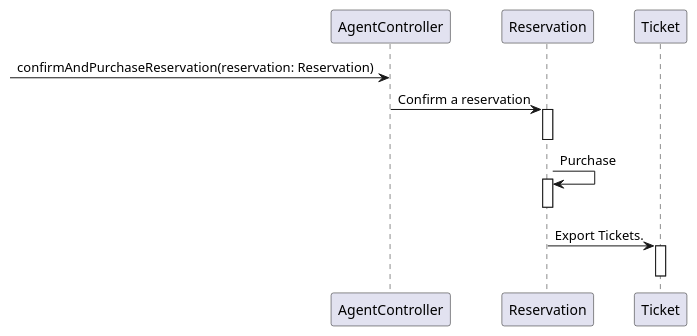
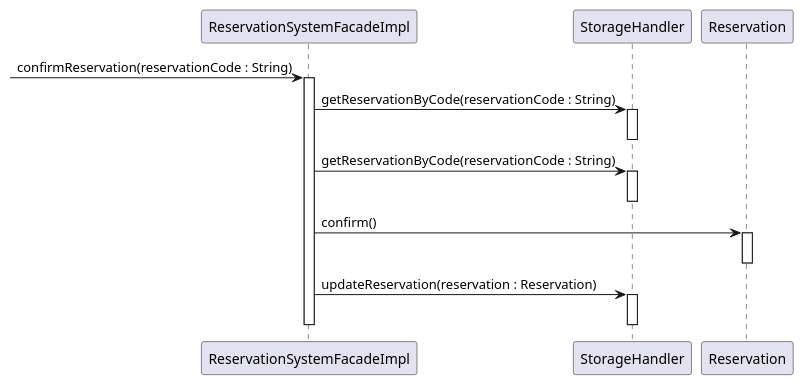
The diagram in Diagrams/Sequence/Agent/8_confirm_purrchase_reservation.puml (AlperenElbasan/FlightReservationSystem), drawn with PlantUML before and after one commit. The commit also changed 5 other files, not shown here.

Commit message:
update diagrams

```diff
--- a/Diagrams/Sequence/Agent/8_confirm_purrchase_reservation.puml
+++ b/Diagrams/Sequence/Agent/8_confirm_purrchase_reservation.puml
@@ -1,17 +1,24 @@
-@startuml
+@startuml cancel_reservation
 
-->AgentController: confirmAndPurchaseReservation(reservation: Reservation)
+-> ReservationSystemFacadeImpl: confirmReservation(reservationCode : String) 
+activate ReservationSystemFacadeImpl
 
-AgentController -> Reservation: Confirm a reservation
+ReservationSystemFacadeImpl -> StorageHandler : getReservationByCode(reservationCode : String)
+activate StorageHandler
+deactivate StorageHandler
+
+ReservationSystemFacadeImpl -> StorageHandler : getReservationByCode(reservationCode : String)
+activate StorageHandler
+deactivate StorageHandler
+
+ReservationSystemFacadeImpl -> Reservation : confirm()
 activate Reservation
 deactivate Reservation
 
-Reservation -> Reservation: Purchase
-activate Reservation
-deactivate Reservation
+ReservationSystemFacadeImpl -> StorageHandler : updateReservation(reservation : Reservation)
+activate StorageHandler
+deactivate StorageHandler
 
-Reservation -> Ticket: Export Tickets.
-activate Ticket
-deactivate Ticket
+deactivate ReservationSystemFacadeImpl
 
 @enduml
```
